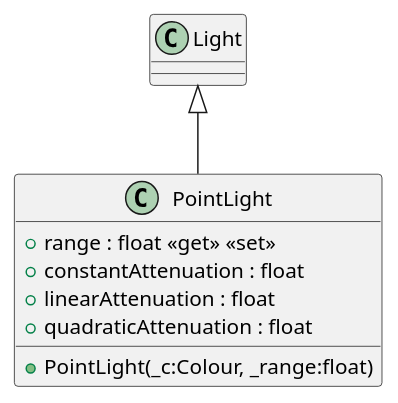
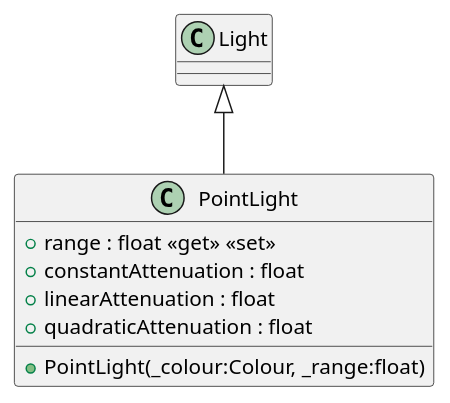
The diagram in UML/Core/Graphics/Lighting/PointLight.puml (Zaephus/GraphicsProgramming), drawn with PlantUML before and after one commit. The commit also changed 44 other files, not shown here.

Commit message:
Generate UML (Generate UML)

```diff
--- a/UML/Core/Graphics/Lighting/PointLight.puml
+++ b/UML/Core/Graphics/Lighting/PointLight.puml
@@ -1,10 +1,10 @@
 @startuml
 class PointLight {
     + range : float <<get>> <<set>>
     + constantAttenuation : float
     + linearAttenuation : float
     + quadraticAttenuation : float
-    + PointLight(_c:Colour, _range:float)
+    + PointLight(_colour:Colour, _range:float)
 }
 Light <|-- PointLight
 @enduml
```
